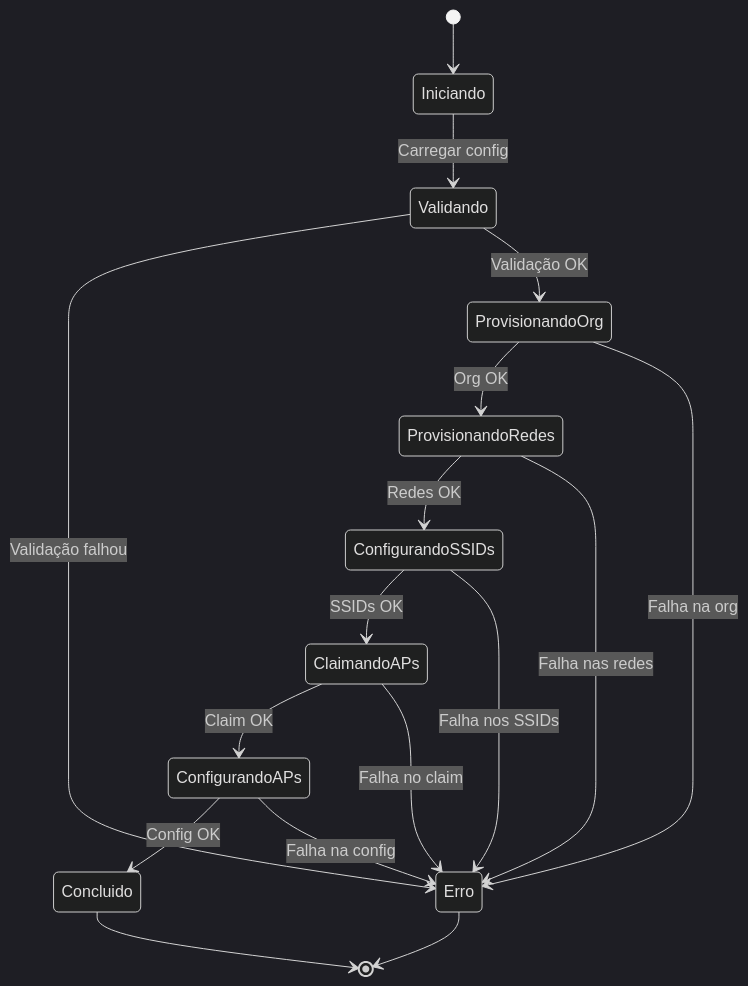
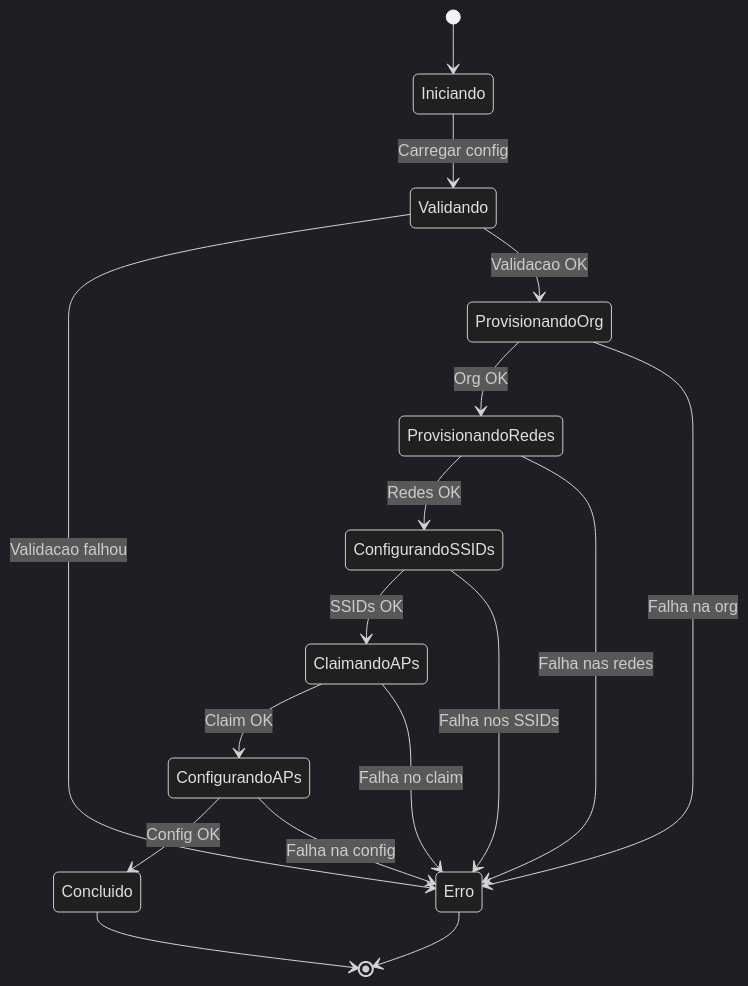
Before and after one commit to rodrigo-freitas-com/meraki-ansible: diagram 12 of 13 in docs/system-modeling.md, drawn with Mermaid (dark theme). The commit also changed other lines of this file, not shown here.

````diff
--- a/docs/system-modeling.md
+++ b/docs/system-modeling.md
@@ -438,26 +437,26 @@
 ```mermaid
 stateDiagram-v2
     [*] --> Iniciando
 
     Iniciando --> Validando: Carregar config
-    Validando --> Erro: Validação falhou
-    Validando --> ProvisionandoOrg: Validação OK
+    Validando --> Erro: Validacao falhou
+    Validando --> ProvisionandoOrg: Validacao OK
 
     ProvisionandoOrg --> ProvisionandoRedes: Org OK
     ProvisionandoOrg --> Erro: Falha na org
 
     ProvisionandoRedes --> ConfigurandoSSIDs: Redes OK
     ProvisionandoRedes --> Erro: Falha nas redes
 
     ConfigurandoSSIDs --> ClaimandoAPs: SSIDs OK
     ConfigurandoSSIDs --> Erro: Falha nos SSIDs
 
     ClaimandoAPs --> ConfigurandoAPs: Claim OK
     ClaimandoAPs --> Erro: Falha no claim
 
     ConfigurandoAPs --> Concluido: Config OK
     ConfigurandoAPs --> Erro: Falha na config
 
     Concluido --> [*]
     Erro --> [*]
 ```
````
